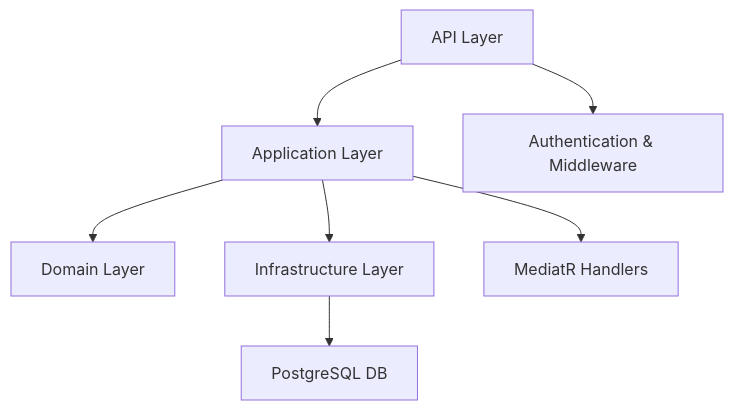
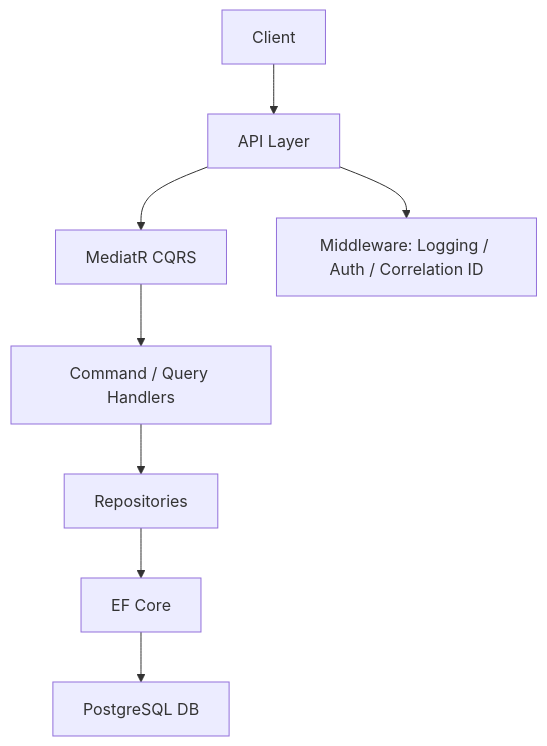
Before and after one commit to guysneh/IncidentReportingSystem: the diagram in README.md, drawn with Mermaid. The commit also changed other lines of this file, not shown here.

````diff
--- a/README.md
+++ b/README.md
@@ -128,9 +147,10 @@
 ```mermaid
 graph TD
-    A[API Layer] --> B[Application Layer]
-    B --> C[Domain Layer]
-    B --> D[Infrastructure Layer]
-    A --> E[Authentication & Middleware]
-    B --> F[MediatR Handlers]
-    D --> G[PostgreSQL DB]
+    A[Client] --> B[API Layer]
+    B --> C[MediatR CQRS]
+    C --> D[Command / Query Handlers]
+    D --> E[Repositories]
+    E --> F[EF Core]
+    F --> G[PostgreSQL DB]
+    B --> H[Middleware: Logging / Auth / Correlation ID]
 ```
````
